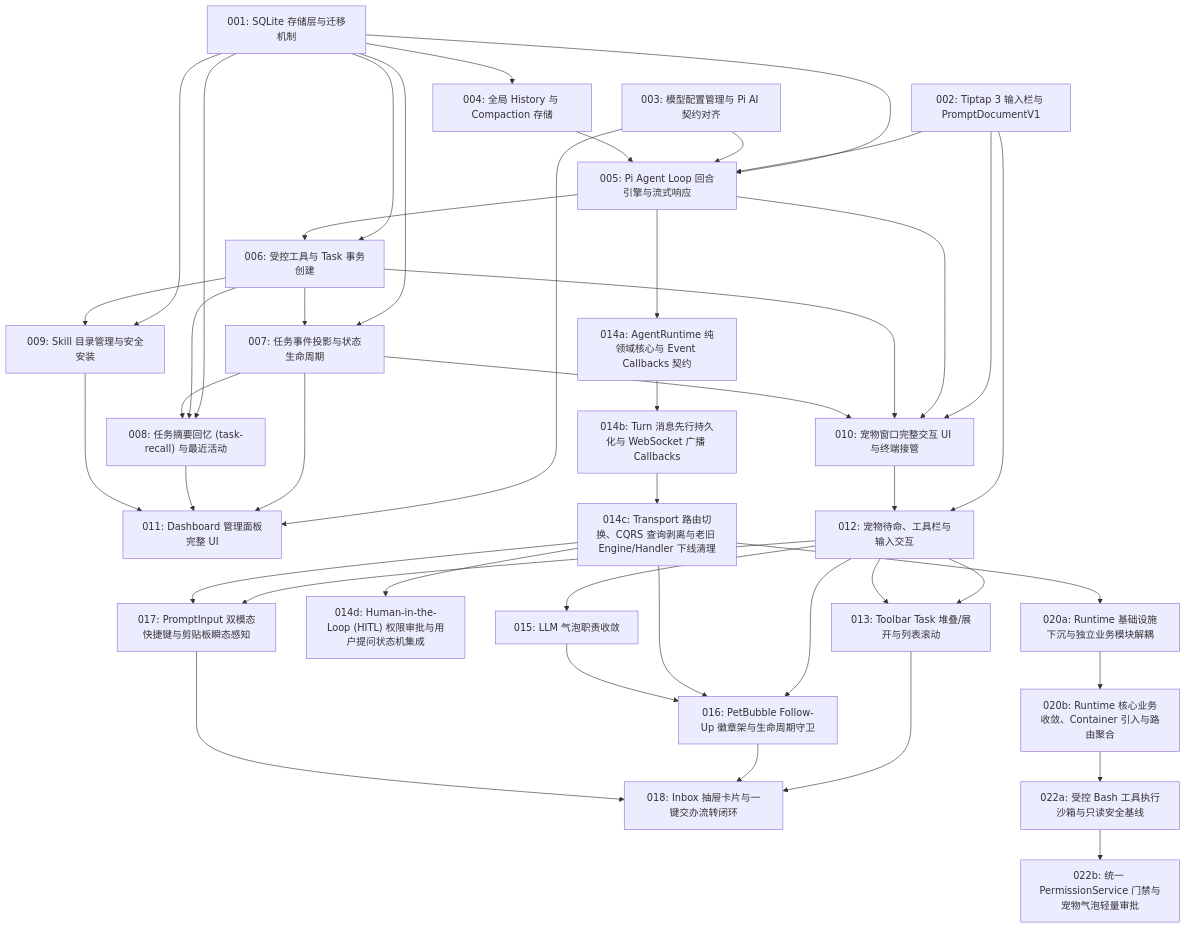
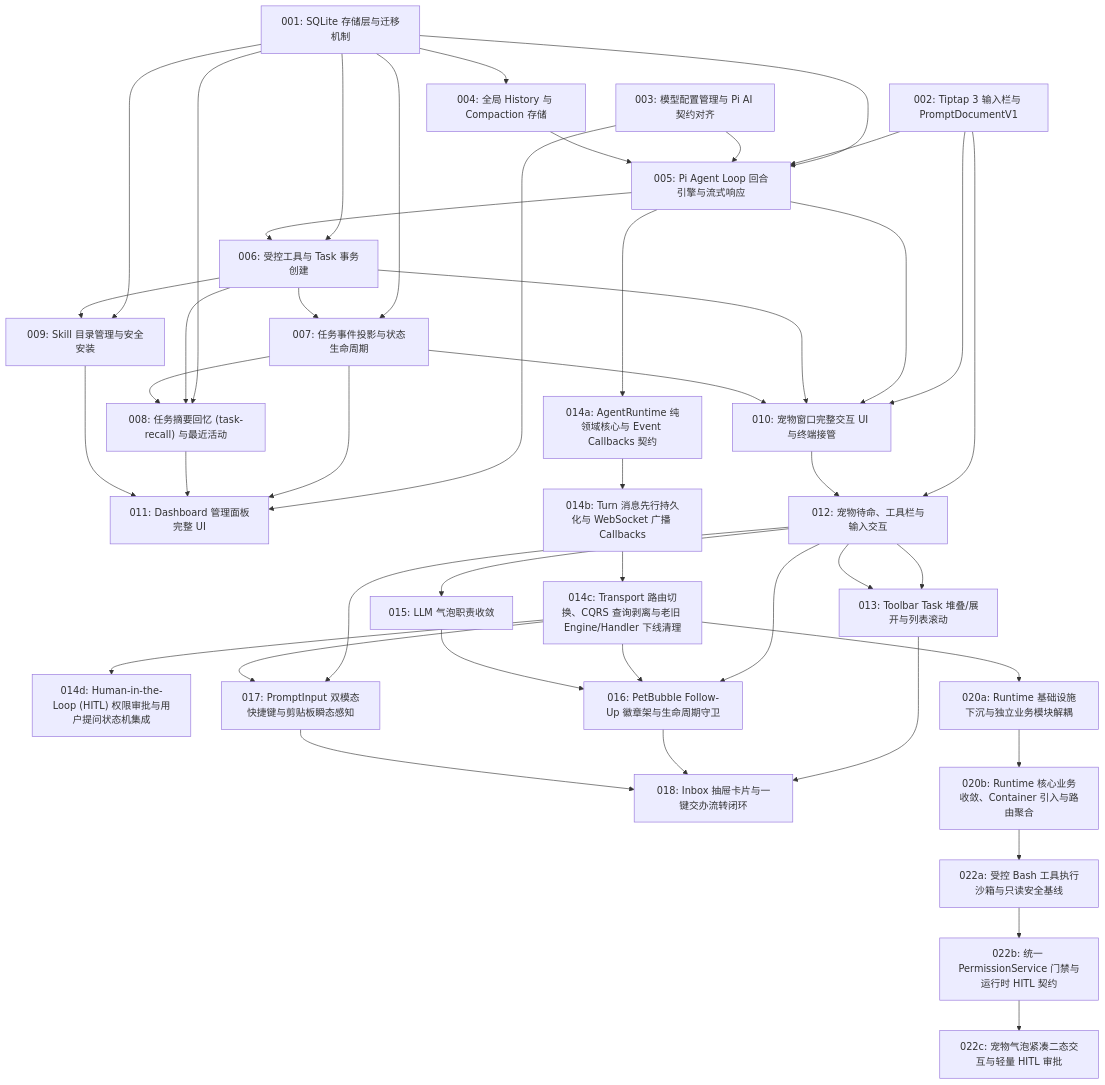
The diagram in docs/tickets/m2/README.md (edisonLzy/Rover), drawn with Mermaid before and after one commit. The commit also changed other lines of this file and 5 other files, not shown here.

````diff
--- a/docs/tickets/m2/README.md
+++ b/docs/tickets/m2/README.md
@@ -94,6 +94,8 @@
 
   T022a["022a: 受控 Bash 工具执行沙箱与只读安全基线"]
   T020b --> T022a
-  T022b["022b: 统一 PermissionService 门禁与宠物气泡轻量审批"]
+  T022b["022b: 统一 PermissionService 门禁与运行时 HITL 契约"]
   T022a --> T022b
+  T022c["022c: 宠物气泡紧凑二态交互与轻量 HITL 审批"]
+  T022b --> T022c
 ```
````
